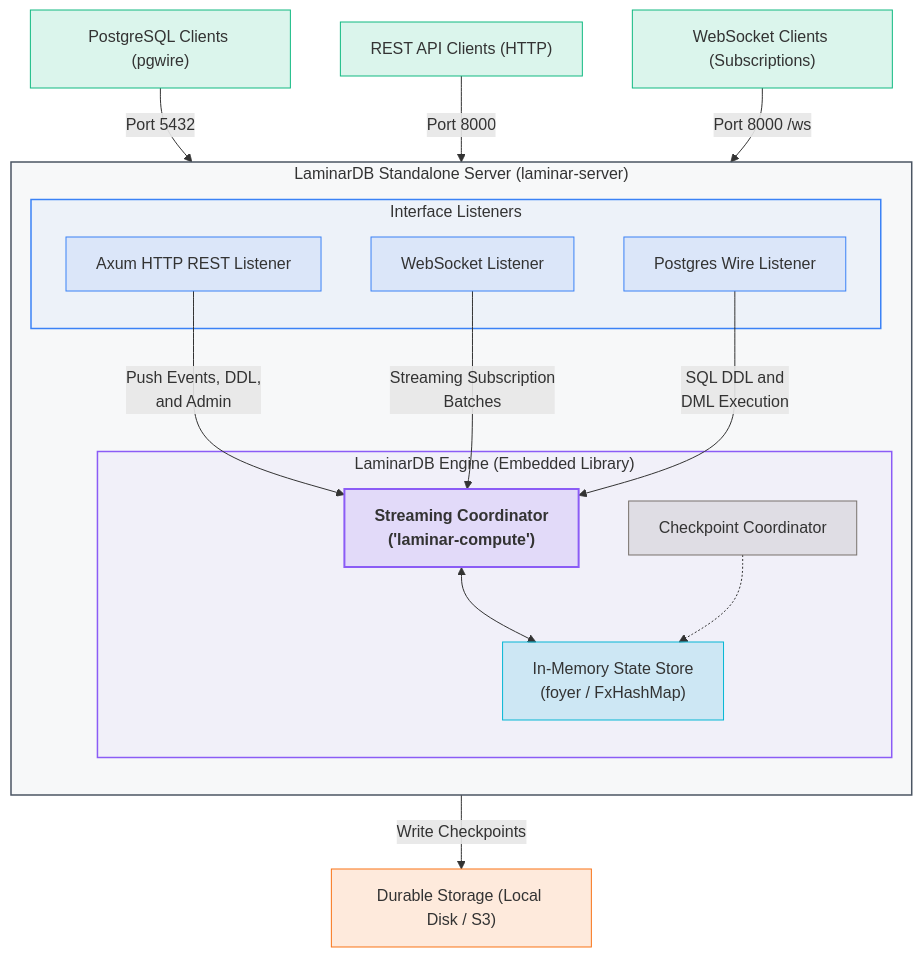
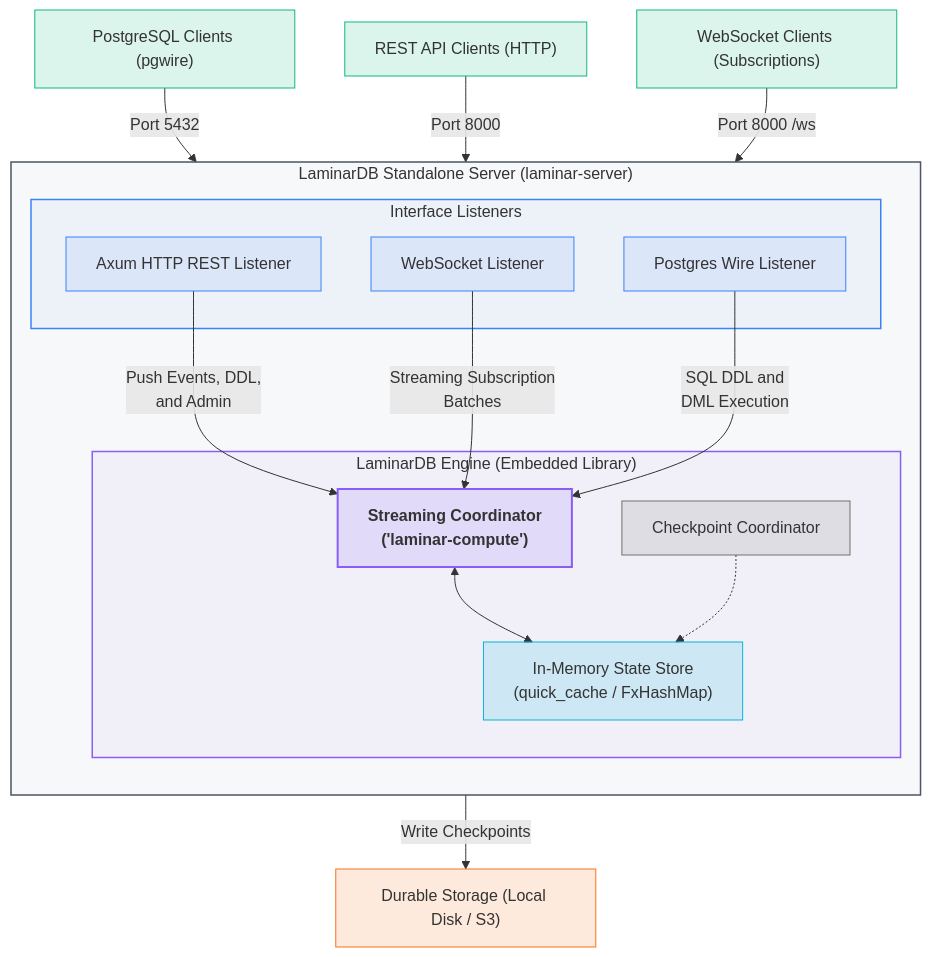
The third of 5 diagrams in README.md (laminardb/laminardb), drawn with Mermaid before and after one commit. The commit also changed other lines of this file and 22 other files, not shown here.

First line of the commit message:
refactor: replace foyer with quick_cache  (#425)

````diff
--- a/README.md
+++ b/README.md
@@ -517,43 +517,43 @@
 ```mermaid
 graph TD
     classDef clientClass fill:#10b981,fill-opacity:0.15,stroke:#10b981,stroke-width:1px;
     classDef portClass fill:#3b82f6,fill-opacity:0.1,stroke:#3b82f6,stroke-width:1px;
     classDef coordClass fill:#8b5cf6,fill-opacity:0.15,stroke:#8b5cf6,stroke-width:2px,font-weight:bold;
     classDef stateClass fill:#06b6d4,fill-opacity:0.15,stroke:#06b6d4,stroke-width:1px;
     classDef checkpointClass fill:#78716c,fill-opacity:0.15,stroke:#78716c,stroke-width:1px;
     classDef storageClass fill:#f97316,fill-opacity:0.15,stroke:#f97316,stroke-width:1px;
 
     Client1["PostgreSQL Clients (pgwire)"]:::clientClass
     Client2["REST API Clients (HTTP)"]:::clientClass
     Client3["WebSocket Clients (Subscriptions)"]:::clientClass
     
     subgraph Server["LaminarDB Standalone Server (laminar-server)"]
         direction TB
         subgraph Ports["Interface Listeners"]
             REST["Axum HTTP REST Listener"]:::portClass
             WS["WebSocket Listener"]:::portClass
             PgWire["Postgres Wire Listener"]:::portClass
         end
         
         subgraph Engine["LaminarDB Engine (Embedded Library)"]
             Coord["Streaming Coordinator<br/>('laminar-compute')"]:::coordClass
-            State["In-Memory State Store<br/>(foyer / FxHashMap)"]:::stateClass
+            State["In-Memory State Store<br/>(quick_cache / FxHashMap)"]:::stateClass
             Checkpoint["Checkpoint Coordinator"]:::checkpointClass
             Coord <--> State
             Checkpoint -.-> State
         end
         
         REST -->|"Push Events, DDL,<br/>and Admin"| Coord
         WS -->|"Streaming Subscription<br/>Batches"| Coord
         PgWire -->|"SQL DDL and<br/>DML Execution"| Coord
     end
     
     Client1 -->|"Port 5432"| PgWire
     Client2 -->|"Port 8000"| REST
     Client3 -->|"Port 8000 /ws"| WS
     Checkpoint -->|"Write Checkpoints"| Storage["Durable Storage (Local Disk / S3)"]:::storageClass
 
     style Server fill:#6b7280,fill-opacity:0.05,stroke:#4b5563,stroke-width:1.5px
     style Ports fill:#3b82f6,fill-opacity:0.05,stroke:#3b82f6,stroke-width:1.5px
     style Engine fill:#8b5cf6,fill-opacity:0.05,stroke:#8b5cf6,stroke-width:1.5px
 ```
````
